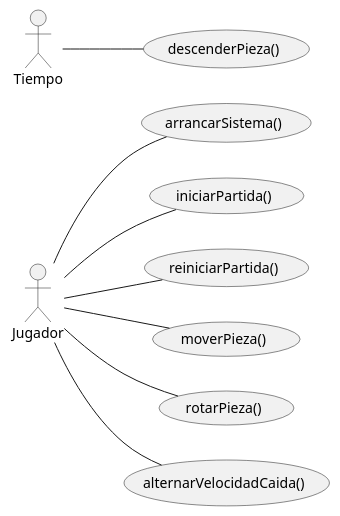
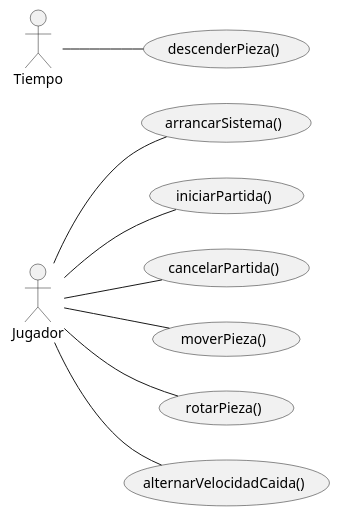
One commit to puntoReflex/pyTetris changed the diagram in modelosUML/DiagramaCasosUso.puml. Above: the diagram before and after it, drawn with PlantUML. The commit also changed 8 other files, not shown here.

Commit message:
feat: finishing refactoring new uml

```diff
--- a/modelosUML/DiagramaCasosUso.puml
+++ b/modelosUML/DiagramaCasosUso.puml
@@ -1,25 +1,25 @@
 @startuml
 
 left to right direction
 
 actor Jugador
 actor Tiempo
 
 usecase arrancarSistema as "arrancarSistema()"
 usecase iniciarPartida as "iniciarPartida()"
-usecase reiniciarPartida as "reiniciarPartida()"
+usecase cancelarPartida as "cancelarPartida()"
 usecase descenderPieza as "descenderPieza()"
 usecase moverPieza as "moverPieza()"
 usecase rotarPieza as "rotarPieza()"
 usecase alternarVelocidadCaida as "alternarVelocidadCaida()"
 
 Tiempo -- descenderPieza
 
 Jugador -- arrancarSistema
 Jugador -- iniciarPartida
-Jugador -- reiniciarPartida
+Jugador -- cancelarPartida
 Jugador -- moverPieza
 Jugador -- alternarVelocidadCaida
 Jugador -- rotarPieza
 
 @enduml
```
